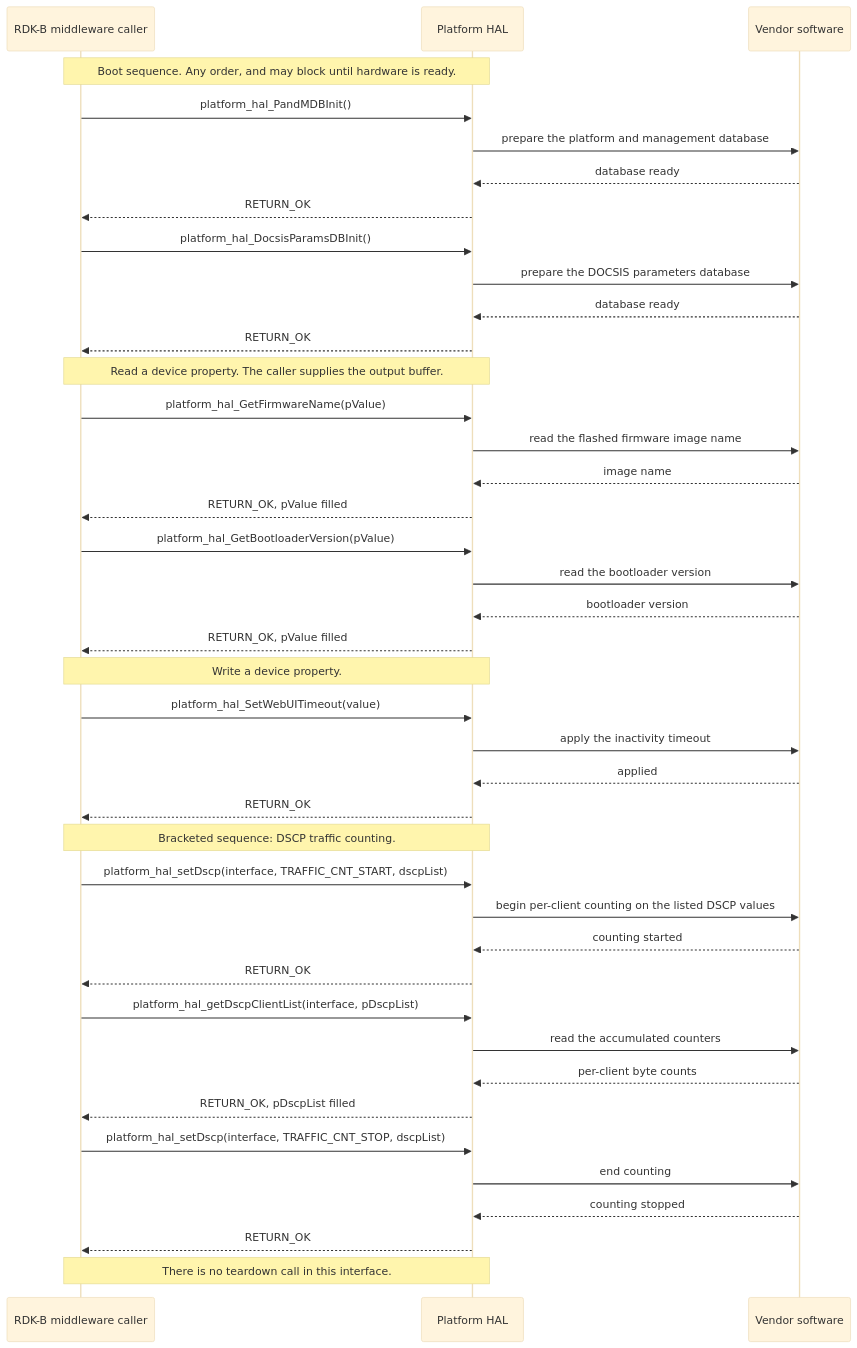
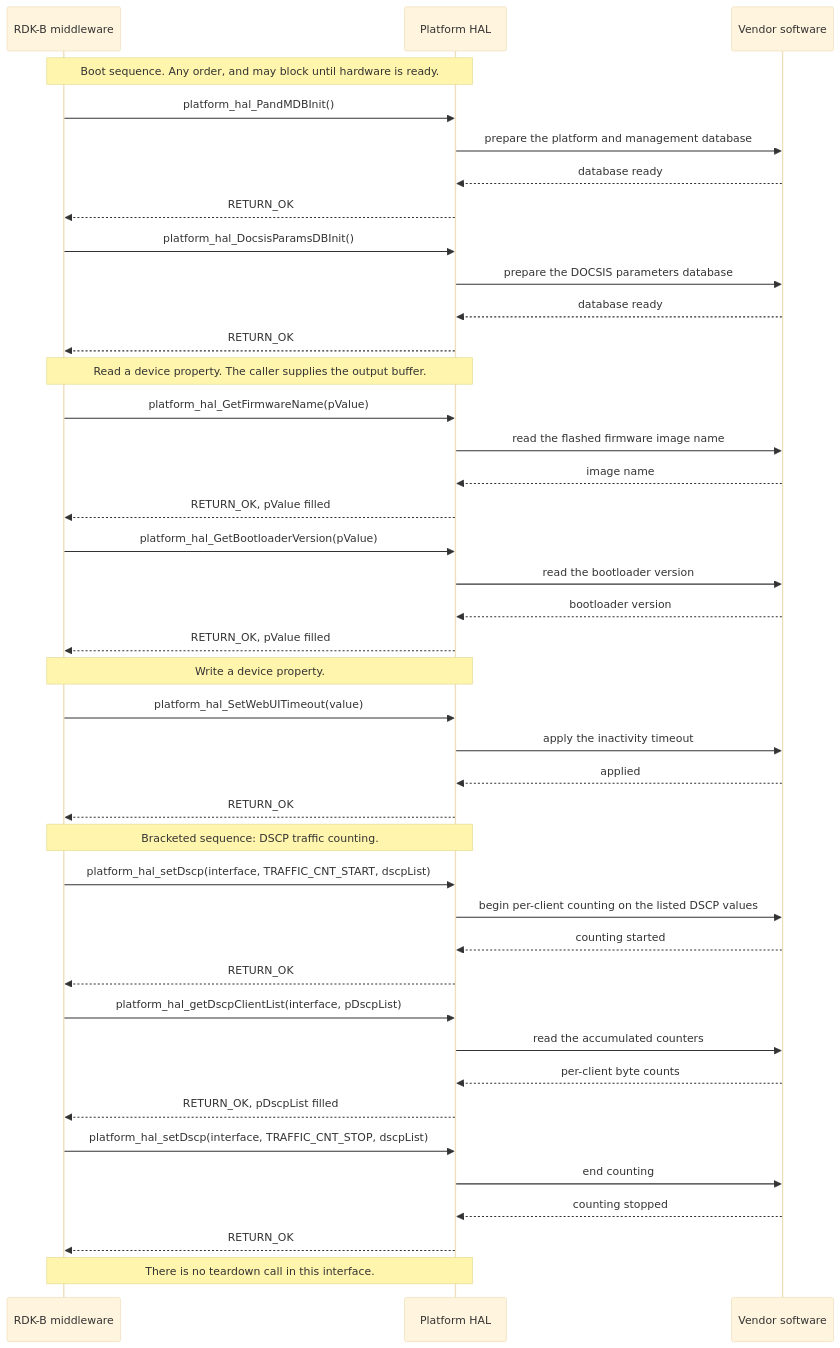
The second of 2 diagrams in docs/pages/PlatformhalSpec.md (rdkcentral/rdkb-halif-platform), drawn with Mermaid (base theme) before and after one commit. The commit also changed other lines of this file, not shown here.

````diff
--- a/docs/pages/PlatformhalSpec.md
+++ b/docs/pages/PlatformhalSpec.md
@@ -863,43 +658,43 @@
 ```mermaid
 sequenceDiagram
-    participant Caller as RDK-B middleware caller
+    participant Caller as RDK-B middleware
     participant PHAL as Platform HAL
     participant Vendor as Vendor software
     Note over Caller,PHAL: Boot sequence. Any order, and may block until hardware is ready.
     Caller->>PHAL: platform_hal_PandMDBInit()
     PHAL->>Vendor: prepare the platform and management database
     Vendor-->>PHAL: database ready
     PHAL-->>Caller: RETURN_OK
     Caller->>PHAL: platform_hal_DocsisParamsDBInit()
     PHAL->>Vendor: prepare the DOCSIS parameters database
     Vendor-->>PHAL: database ready
     PHAL-->>Caller: RETURN_OK
     Note over Caller,PHAL: Read a device property. The caller supplies the output buffer.
     Caller->>PHAL: platform_hal_GetFirmwareName(pValue)
     PHAL->>Vendor: read the flashed firmware image name
     Vendor-->>PHAL: image name
     PHAL-->>Caller: RETURN_OK, pValue filled
     Caller->>PHAL: platform_hal_GetBootloaderVersion(pValue)
     PHAL->>Vendor: read the bootloader version
     Vendor-->>PHAL: bootloader version
     PHAL-->>Caller: RETURN_OK, pValue filled
     Note over Caller,PHAL: Write a device property.
     Caller->>PHAL: platform_hal_SetWebUITimeout(value)
     PHAL->>Vendor: apply the inactivity timeout
     Vendor-->>PHAL: applied
     PHAL-->>Caller: RETURN_OK
     Note over Caller,PHAL: Bracketed sequence: DSCP traffic counting.
     Caller->>PHAL: platform_hal_setDscp(interface, TRAFFIC_CNT_START, dscpList)
     PHAL->>Vendor: begin per-client counting on the listed DSCP values
     Vendor-->>PHAL: counting started
     PHAL-->>Caller: RETURN_OK
     Caller->>PHAL: platform_hal_getDscpClientList(interface, pDscpList)
     PHAL->>Vendor: read the accumulated counters
     Vendor-->>PHAL: per-client byte counts
     PHAL-->>Caller: RETURN_OK, pDscpList filled
     Caller->>PHAL: platform_hal_setDscp(interface, TRAFFIC_CNT_STOP, dscpList)
     PHAL->>Vendor: end counting
     Vendor-->>PHAL: counting stopped
     PHAL-->>Caller: RETURN_OK
     Note over Caller,PHAL: There is no teardown call in this interface.
 ```
````
